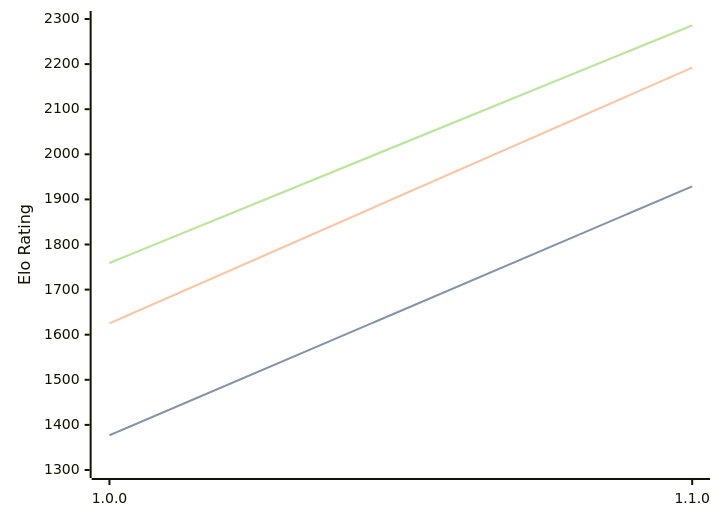
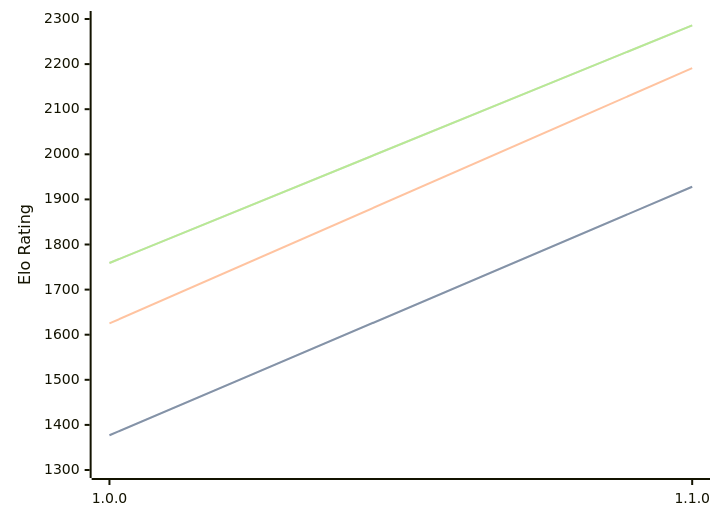
Before and after one commit to computer-chess-index/cci: the diagram in engines/Akerbeltz.md, drawn with Mermaid. The commit also changed other lines of this file, not shown here.

````diff
--- a/engines/Akerbeltz.md
+++ b/engines/Akerbeltz.md
@@ -32,11 +32,11 @@
 ```mermaid
 %%{init: {"theme":"base","themeVariables":{"seriesColors:['#a3a3a3','#222221','#faa371']}}}%%
 xychart-beta
   x-axis ["1.0.0", "1.1.0"]
   y-axis "Elo Rating" 1300 --> 2300
-  line "STC (8.0+0.08s)" [1377, 1929]
-  line "STC (8.0+0.08s)" [1377, 1929]
-  line "LTC (60.0+0.60s)" [1625, 2192]
+  line "STC (8.0+0.08s)" [1377, 1928]
+  line "STC (8.0+0.08s)" [1377, 1928]
+  line "LTC (60.0+0.60s)" [1625, 2191]
   line "VLTC (2m24s+1.12s)" [1759, 2286]
   line "VLTC (2m24s+1.12s)" [1759, 2286]
 ```
````
